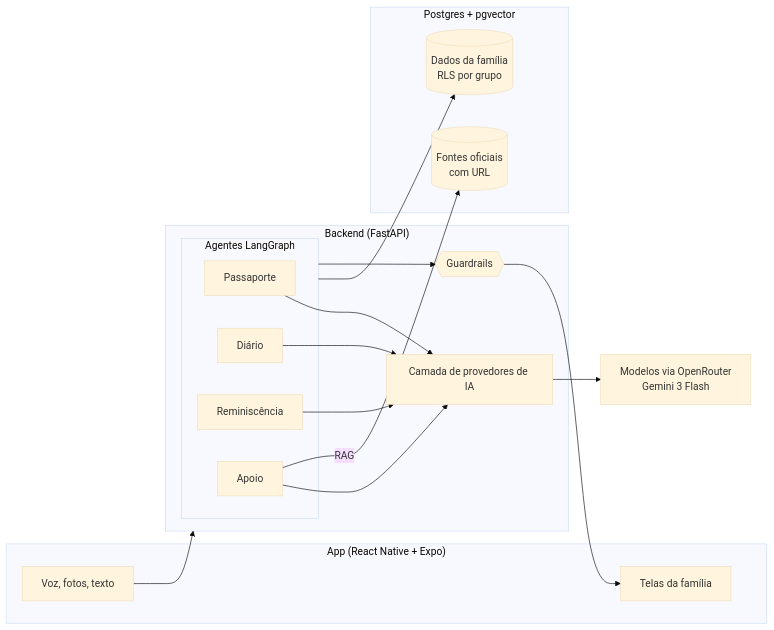
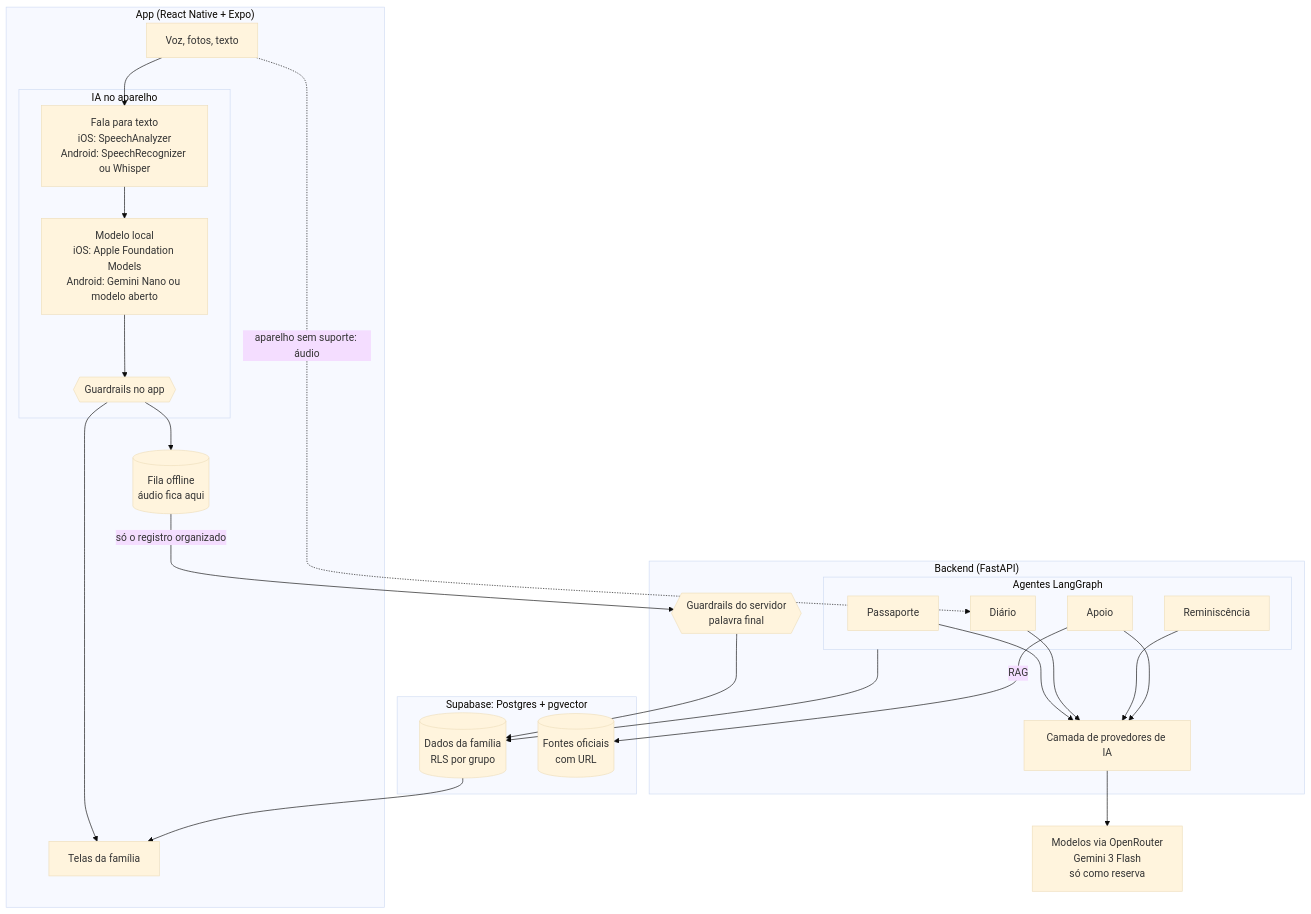
One commit to LucasArais/SempreAqui changed the diagram in README.md. Above: the diagram before and after it, drawn with Mermaid (base theme). The commit also changed other lines of this file and 20 other files, not shown here.

````diff
--- a/README.md
+++ b/README.md
@@ -99,31 +104,41 @@
 ```mermaid
-flowchart LR
+flowchart TB
     subgraph Celular["App (React Native + Expo)"]
         V[Voz, fotos, texto]
+        subgraph Local["IA no aparelho"]
+            ST[Fala para texto<br/>iOS: SpeechAnalyzer<br/>Android: SpeechRecognizer ou Whisper]
+            LM[Modelo local<br/>iOS: Apple Foundation Models<br/>Android: Gemini Nano ou modelo aberto]
+            GL{{Guardrails no app}}
+        end
+        Q[(Fila offline<br/>áudio fica aqui)]
         T[Telas da família]
     end
 
     subgraph API["Backend (FastAPI)"]
-        G{{Guardrails}}
+        G{{Guardrails do servidor<br/>palavra final}}
         subgraph Agentes["Agentes LangGraph"]
             P[Passaporte]
             D[Diário]
             R[Reminiscência]
             A[Apoio]
         end
         L[Camada de provedores de IA]
     end
 
-    subgraph Dados["Postgres + pgvector"]
+    subgraph Dados["Supabase: Postgres + pgvector"]
         F[(Dados da família<br/>RLS por grupo)]
         E[(Fontes oficiais<br/>com URL)]
     end
 
-    M[Modelos via OpenRouter<br/>Gemini 3 Flash]
+    M[Modelos via OpenRouter<br/>Gemini 3 Flash<br/>só como reserva]
 
-    V --> API
+    V --> ST --> LM --> GL --> Q
+    GL --> T
+    Q -- "só o registro organizado" --> G
+    V -. "aparelho sem suporte: áudio" .-> D
     P & D & R & A --> L --> M
     A -- RAG --> E
+    G --> F
     Agentes --> F
-    Agentes --> G --> T
+    F --> T
 ```
````
